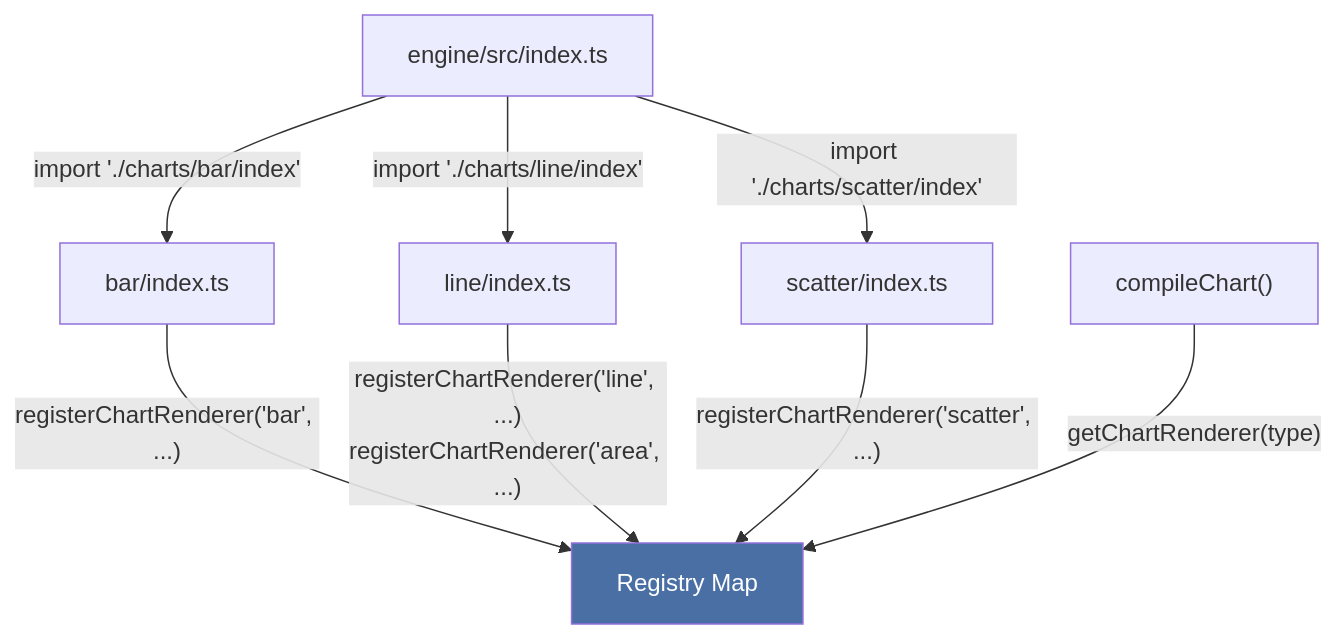
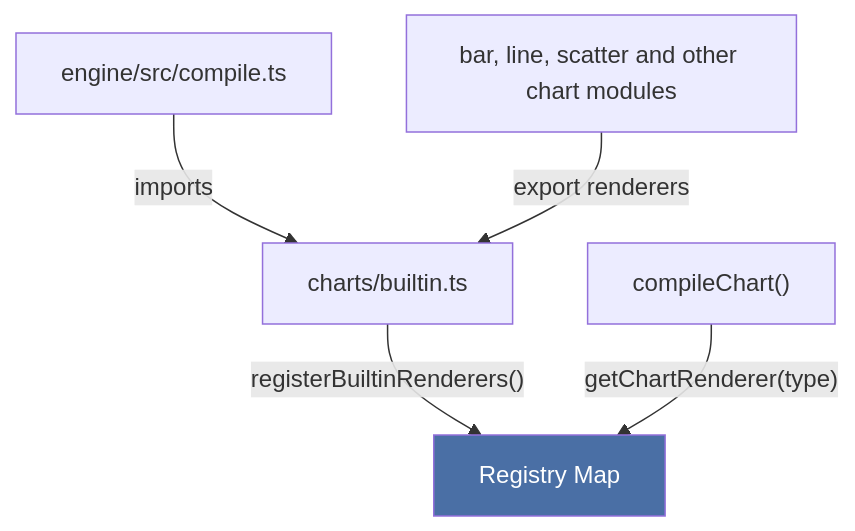
One commit to tryopendata/openchart changed the second of 3 diagrams in docs/architecture.md. Above: the diagram before and after it, drawn with Mermaid. The commit also changed other lines of this file and 1 other file, not shown here.

Commit message:
docs: correct registry and chart switching examples

````diff
--- a/docs/architecture.md
+++ b/docs/architecture.md
@@ -168,14 +168,10 @@
 ```mermaid
 graph TB
-  A["engine/src/index.ts"] -->|"import './charts/bar/index'"| B["bar/index.ts"]
-  A -->|"import './charts/line/index'"| C["line/index.ts"]
-  A -->|"import './charts/scatter/index'"| D["scatter/index.ts"]
-
-  B -->|"registerChartRenderer('bar', ...)"| E[Registry Map]
-  C -->|"registerChartRenderer('line', ...)<br/>registerChartRenderer('area', ...)"| E
-  D -->|"registerChartRenderer('scatter', ...)"| E
+  A["engine/src/compile.ts"] -->|"imports"| B["charts/builtin.ts"]
+  C["bar, line, scatter and other chart modules"] -->|"export renderers"| B
+  B -->|"registerBuiltinRenderers()"| E[Registry Map]
 
   F["compileChart()"] -->|"getChartRenderer(type)"| E
 
   style E fill:#4a6fa5,color:#fff
 ```
````
